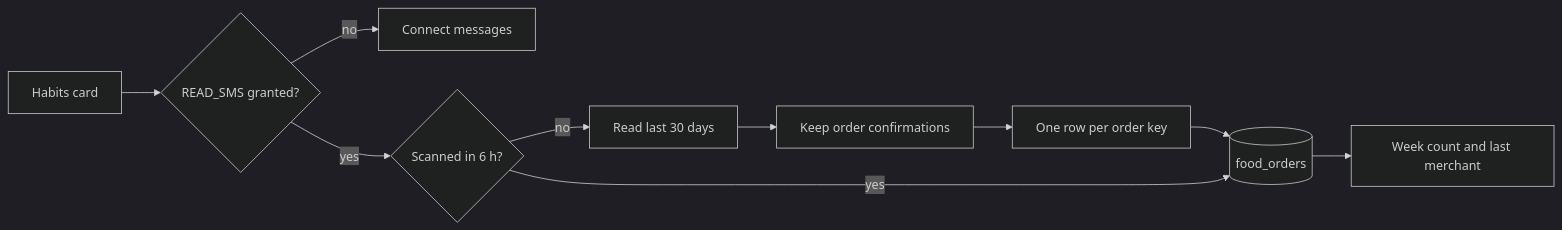
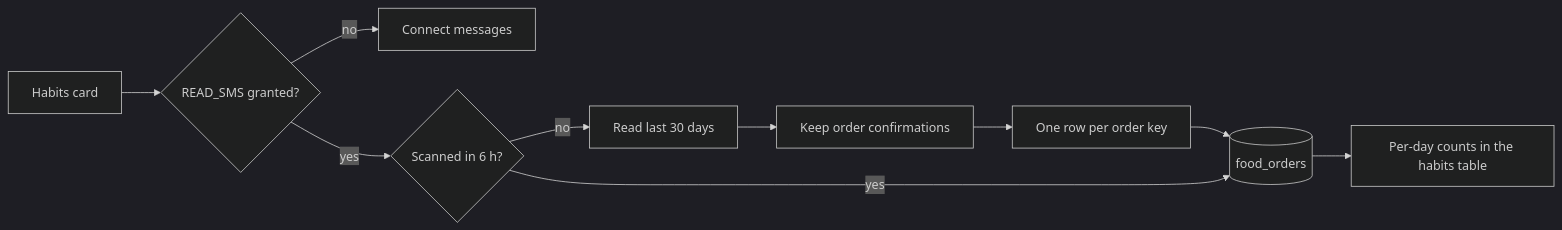
The diagram in docs/food-orders.md (destx0/pulse-mobile), drawn with Mermaid (dark theme) before and after one commit. The commit also changed other lines of this file and 10 other files, not shown here.

First line of the commit message:
feat(habits): add workout and LeetCode rows to the habits table

````diff
--- a/docs/food-orders.md
+++ b/docs/food-orders.md
@@ -43,12 +43,12 @@
 ```mermaid
 flowchart LR
   Open[Habits card] --> Granted{READ_SMS granted?}
   Granted -->|no| Connect[Connect messages]
   Granted -->|yes| Fresh{Scanned in 6 h?}
   Fresh -->|no| Read[Read last 30 days]
   Read --> Parse[Keep order confirmations]
   Parse --> Dedupe[One row per order key]
   Dedupe --> Store[(food_orders)]
   Fresh -->|yes| Store
-  Store --> Card[Week count and last merchant]
+  Store --> Card[Per-day counts in the habits table]
 ```
````
